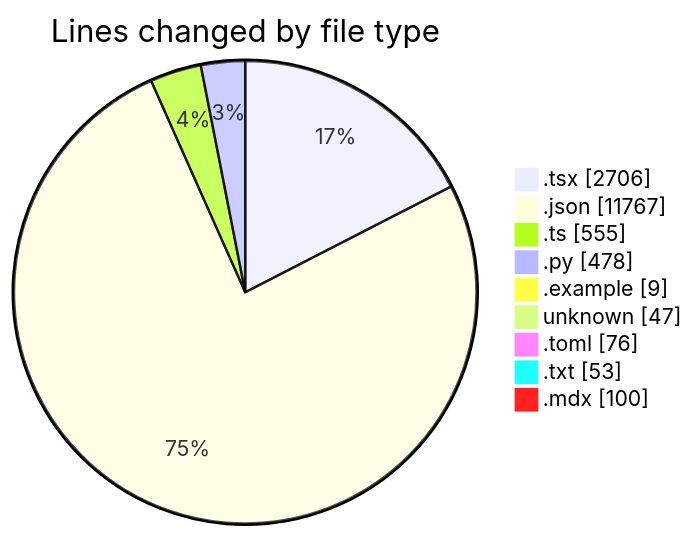
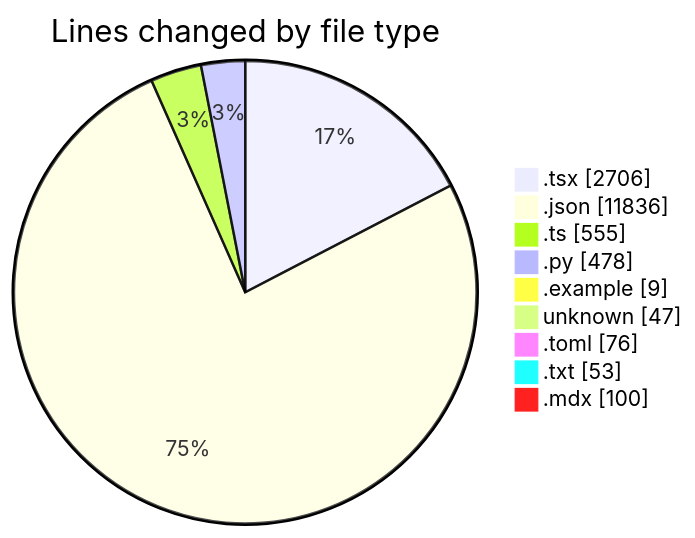
Before and after one commit to Elitesun/code-tracking: the first of 2 diagrams in 2025-04-30/niten/README.md, drawn with Mermaid. The commit also changed other lines of this file and 1 other file, not shown here.

````diff
--- a/2025-04-30/niten/README.md
+++ b/2025-04-30/niten/README.md
@@ -75,13 +76,13 @@
 ```mermaid
 pie showData
 title Lines changed by file type
 ".tsx" : 2706
-".json" : 11767
+".json" : 11836
 ".ts" : 555
 ".py" : 478
 ".example" : 9
 "unknown" : 47
 ".toml" : 76
 ".txt" : 53
 ".mdx" : 100
 ```
````
